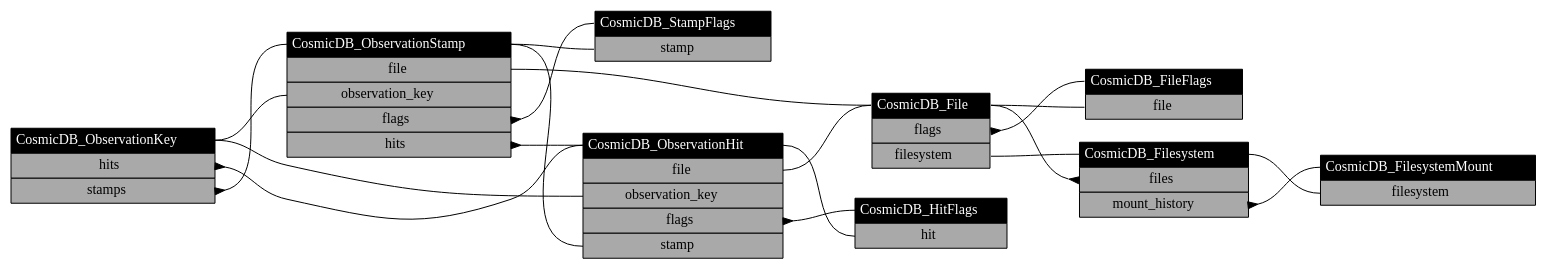
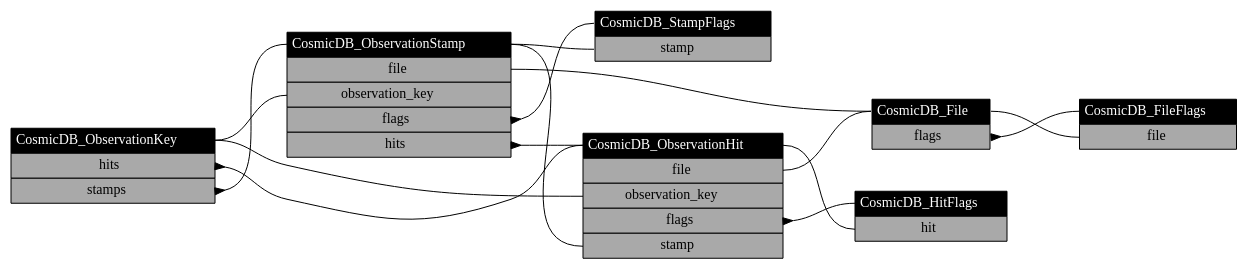
Before and after one commit to COSMIC-SETI/COSMIC-VLA-Database: the diagram in docs/entities_Storage.dot, drawn with Graphviz. The commit also changed 11 other files, not shown here.

```diff
--- a/docs/entities_Storage.dot
+++ b/docs/entities_Storage.dot
@@ -1,68 +1,54 @@
 digraph Storage_Entities {
 layout=dot;
 rankdir=LR;
 ranksep="1.0";
 CosmicDB_ObservationKey [label=<<table border="0" cellborder="1" cellspacing="0" cellpadding="4">
 	<tr><td bgcolor="black" port="class"><font color="white">CosmicDB_ObservationKey</font></td></tr>
 	<tr><td bgcolor="darkgrey" port="hits">hits</td></tr>
 	<tr><td bgcolor="darkgrey" port="stamps">stamps</td></tr>
 </table>>, shape=plain];
-CosmicDB_Filesystem [label=<<table border="0" cellborder="1" cellspacing="0" cellpadding="4">
-	<tr><td bgcolor="black" port="class"><font color="white">CosmicDB_Filesystem</font></td></tr>
-	<tr><td bgcolor="darkgrey" port="files">files</td></tr>
-	<tr><td bgcolor="darkgrey" port="mount_history">mount_history</td></tr>
-</table>>, shape=plain];
-CosmicDB_FilesystemMount [label=<<table border="0" cellborder="1" cellspacing="0" cellpadding="4">
-	<tr><td bgcolor="black" port="class"><font color="white">CosmicDB_FilesystemMount</font></td></tr>
-	<tr><td bgcolor="darkgrey" port="filesystem">filesystem</td></tr>
-</table>>, shape=plain];
 CosmicDB_File [label=<<table border="0" cellborder="1" cellspacing="0" cellpadding="4">
 	<tr><td bgcolor="black" port="class"><font color="white">CosmicDB_File</font></td></tr>
 	<tr><td bgcolor="darkgrey" port="flags">flags</td></tr>
-	<tr><td bgcolor="darkgrey" port="filesystem">filesystem</td></tr>
 </table>>, shape=plain];
 CosmicDB_FileFlags [label=<<table border="0" cellborder="1" cellspacing="0" cellpadding="4">
 	<tr><td bgcolor="black" port="class"><font color="white">CosmicDB_FileFlags</font></td></tr>
 	<tr><td bgcolor="darkgrey" port="file">file</td></tr>
 </table>>, shape=plain];
 CosmicDB_ObservationStamp [label=<<table border="0" cellborder="1" cellspacing="0" cellpadding="4">
 	<tr><td bgcolor="black" port="class"><font color="white">CosmicDB_ObservationStamp</font></td></tr>
 	<tr><td bgcolor="darkgrey" port="file">file</td></tr>
 	<tr><td bgcolor="darkgrey" port="observation_key">observation_key</td></tr>
 	<tr><td bgcolor="darkgrey" port="flags">flags</td></tr>
 	<tr><td bgcolor="darkgrey" port="hits">hits</td></tr>
 </table>>, shape=plain];
 CosmicDB_ObservationHit [label=<<table border="0" cellborder="1" cellspacing="0" cellpadding="4">
 	<tr><td bgcolor="black" port="class"><font color="white">CosmicDB_ObservationHit</font></td></tr>
 	<tr><td bgcolor="darkgrey" port="file">file</td></tr>
 	<tr><td bgcolor="darkgrey" port="observation_key">observation_key</td></tr>
 	<tr><td bgcolor="darkgrey" port="flags">flags</td></tr>
 	<tr><td bgcolor="darkgrey" port="stamp">stamp</td></tr>
 </table>>, shape=plain];
 CosmicDB_HitFlags [label=<<table border="0" cellborder="1" cellspacing="0" cellpadding="4">
 	<tr><td bgcolor="black" port="class"><font color="white">CosmicDB_HitFlags</font></td></tr>
 	<tr><td bgcolor="darkgrey" port="hit">hit</td></tr>
 </table>>, shape=plain];
 CosmicDB_StampFlags [label=<<table border="0" cellborder="1" cellspacing="0" cellpadding="4">
 	<tr><td bgcolor="black" port="class"><font color="white">CosmicDB_StampFlags</font></td></tr>
 	<tr><td bgcolor="darkgrey" port="stamp">stamp</td></tr>
 </table>>, shape=plain];
 CosmicDB_ObservationKey:hits -> CosmicDB_ObservationHit:class  [arrowtail=inv, dir=back];
 CosmicDB_ObservationKey:stamps -> CosmicDB_ObservationStamp:class  [arrowtail=inv, dir=back];
-CosmicDB_Filesystem:files -> CosmicDB_File:class  [arrowtail=inv, dir=back];
-CosmicDB_Filesystem:mount_history -> CosmicDB_FilesystemMount:class  [arrowtail=inv, dir=back];
-CosmicDB_FilesystemMount:filesystem -> CosmicDB_Filesystem:class  [arrowtail=none, dir=back];
 CosmicDB_File:flags -> CosmicDB_FileFlags:class  [arrowtail=inv, dir=back];
-CosmicDB_File:filesystem -> CosmicDB_Filesystem:class  [arrowtail=none, dir=back];
 CosmicDB_FileFlags:file -> CosmicDB_File:class  [arrowtail=none, dir=back];
 CosmicDB_ObservationStamp:file -> CosmicDB_File:class  [arrowtail=none, dir=back];
 CosmicDB_ObservationStamp:observation_key -> CosmicDB_ObservationKey:class  [arrowtail=none, dir=back];
 CosmicDB_ObservationStamp:flags -> CosmicDB_StampFlags:class  [arrowtail=inv, dir=back];
 CosmicDB_ObservationStamp:hits -> CosmicDB_ObservationHit:class  [arrowtail=inv, dir=back];
 CosmicDB_ObservationHit:file -> CosmicDB_File:class  [arrowtail=none, dir=back];
 CosmicDB_ObservationHit:observation_key -> CosmicDB_ObservationKey:class  [arrowtail=none, dir=back];
 CosmicDB_ObservationHit:flags -> CosmicDB_HitFlags:class  [arrowtail=inv, dir=back];
 CosmicDB_ObservationHit:stamp -> CosmicDB_ObservationStamp:class  [arrowtail=none, dir=back];
 CosmicDB_HitFlags:hit -> CosmicDB_ObservationHit:class  [arrowtail=none, dir=back];
 CosmicDB_StampFlags:stamp -> CosmicDB_ObservationStamp:class  [arrowtail=none, dir=back];
 }
```
